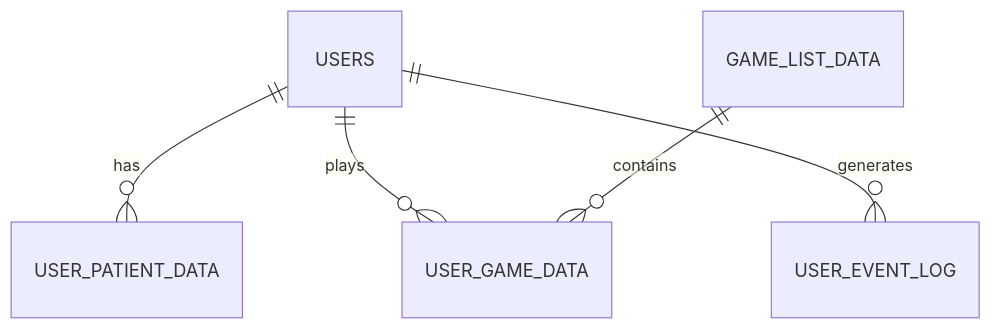
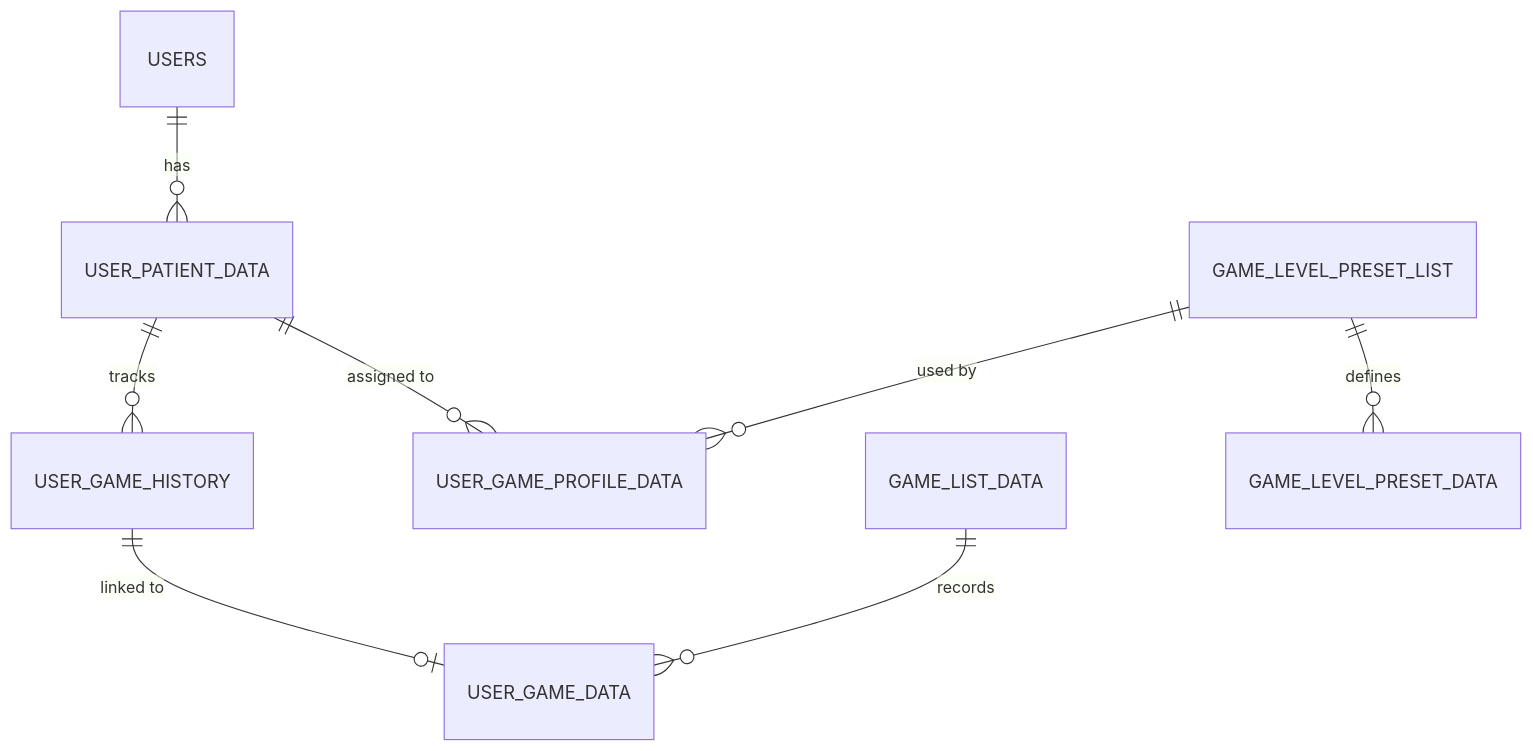
The first of 2 diagrams in docs/software/03-data-schema.md (ChayutChanmueang/mci-cognitive-game-hub-dev-deploy), drawn with Mermaid before and after one commit. The commit also changed other lines of this file and 4 other files, not shown here.

Commit message:
docs: add technical documentation, system design, data schema, and game class diagrams

````diff
--- a/docs/software/03-data-schema.md
+++ b/docs/software/03-data-schema.md
@@ -11,7 +11,10 @@
 ```mermaid
 erDiagram
     USERS ||--o{ USER_PATIENT_DATA : "has"
-    USERS ||--o{ USER_GAME_DATA : "plays"
-    USERS ||--o{ USER_EVENT_LOG : "generates"
-    GAME_LIST_DATA ||--o{ USER_GAME_DATA : "contains"
+    USER_PATIENT_DATA ||--o{ USER_GAME_HISTORY : "tracks"
+    USER_PATIENT_DATA ||--o{ USER_GAME_PROFILE_DATA : "assigned to"
+    USER_GAME_HISTORY ||--o| USER_GAME_DATA : "linked to"
+    GAME_LIST_DATA ||--o{ USER_GAME_DATA : "records"
+    GAME_LEVEL_PRESET_LIST ||--o{ GAME_LEVEL_PRESET_DATA : "defines"
+    GAME_LEVEL_PRESET_LIST ||--o{ USER_GAME_PROFILE_DATA : "used by"
 ```
````
